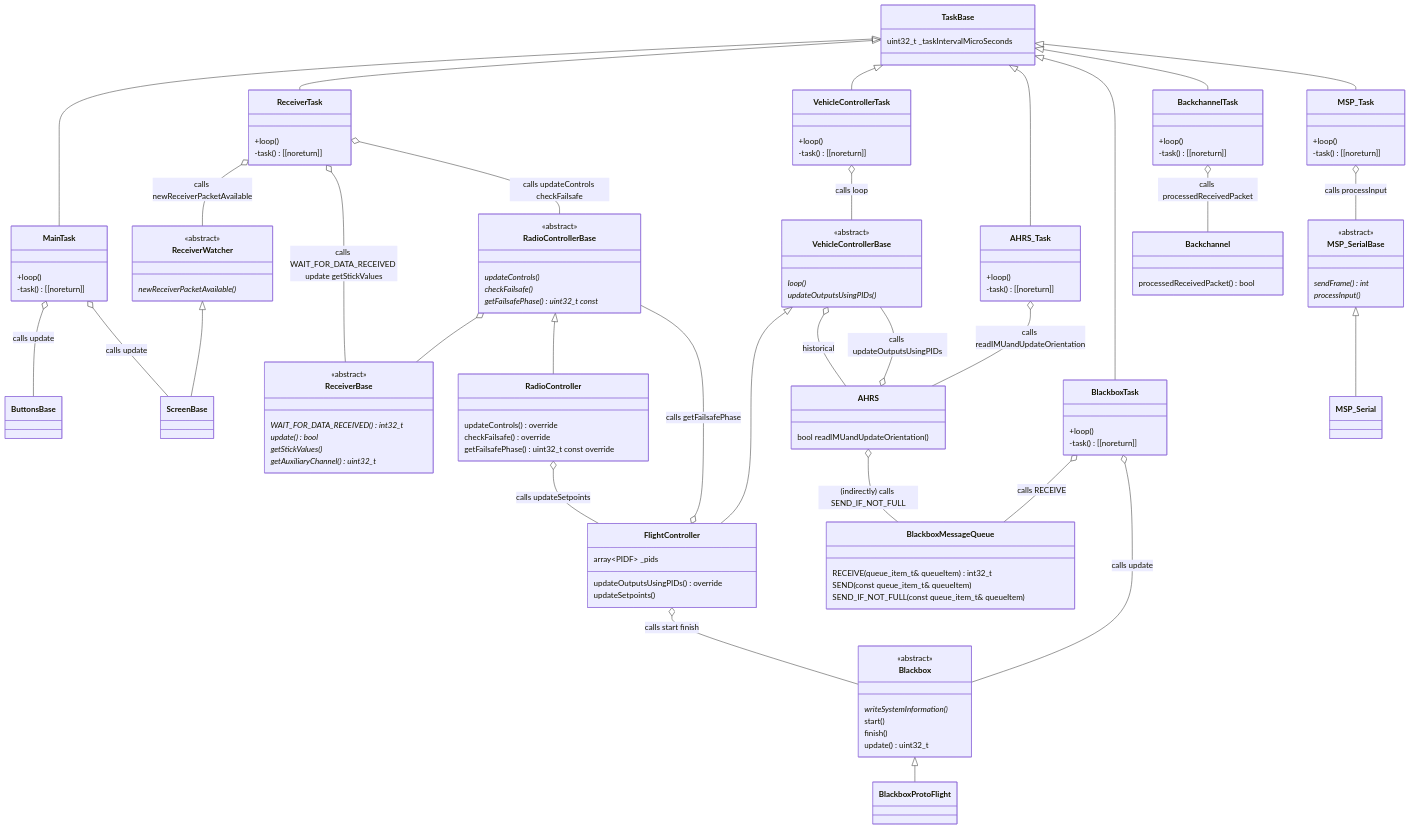
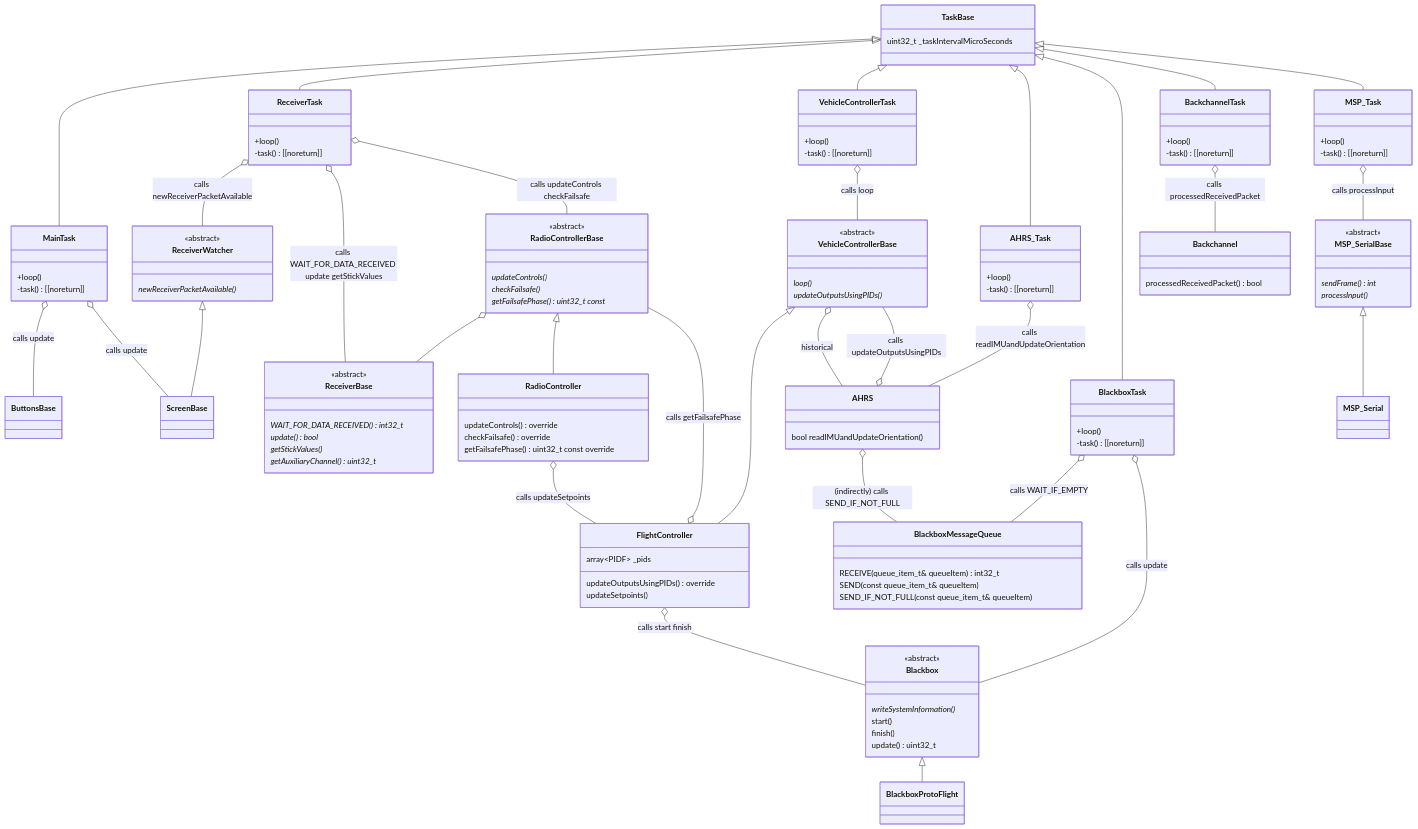
Before and after one commit to martinbudden/Protoflight: the second of 5 diagrams in README.md, drawn with Mermaid. The commit also changed other lines of this file and 7 other files, not shown here.

Commit message:
Improved Blackbox message queue handling.

```diff
--- a/README.md
+++ b/README.md
@@ -496,7 +496,7 @@
         -task() [[noreturn]]
     }
     link BlackboxTask "https://github.com/martinbudden/Library-Blackbox/blob/main/src/BlackboxTask.h"
-    BlackboxTask o-- BlackboxMessageQueue : calls RECEIVE
+    BlackboxTask o-- BlackboxMessageQueue : calls WAIT_IF_EMPTY
     BlackboxTask o-- Blackbox : calls update
     class Blackbox {
         <<abstract>>
```
